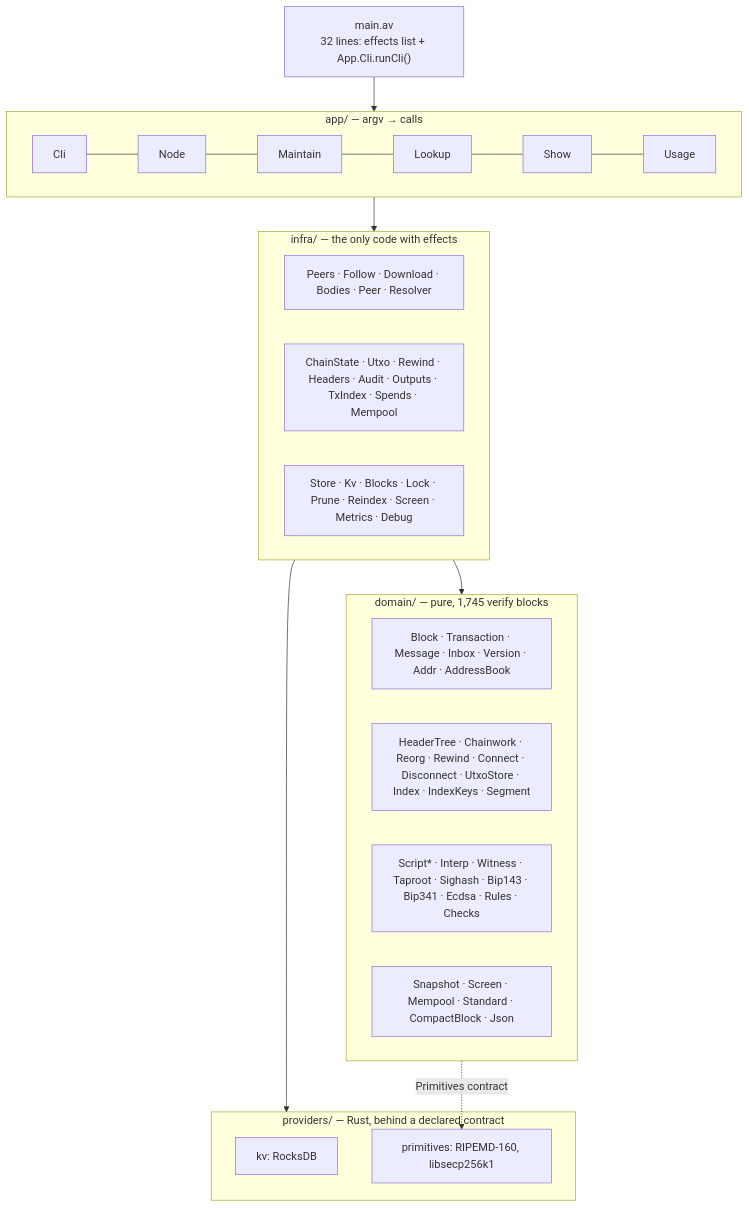
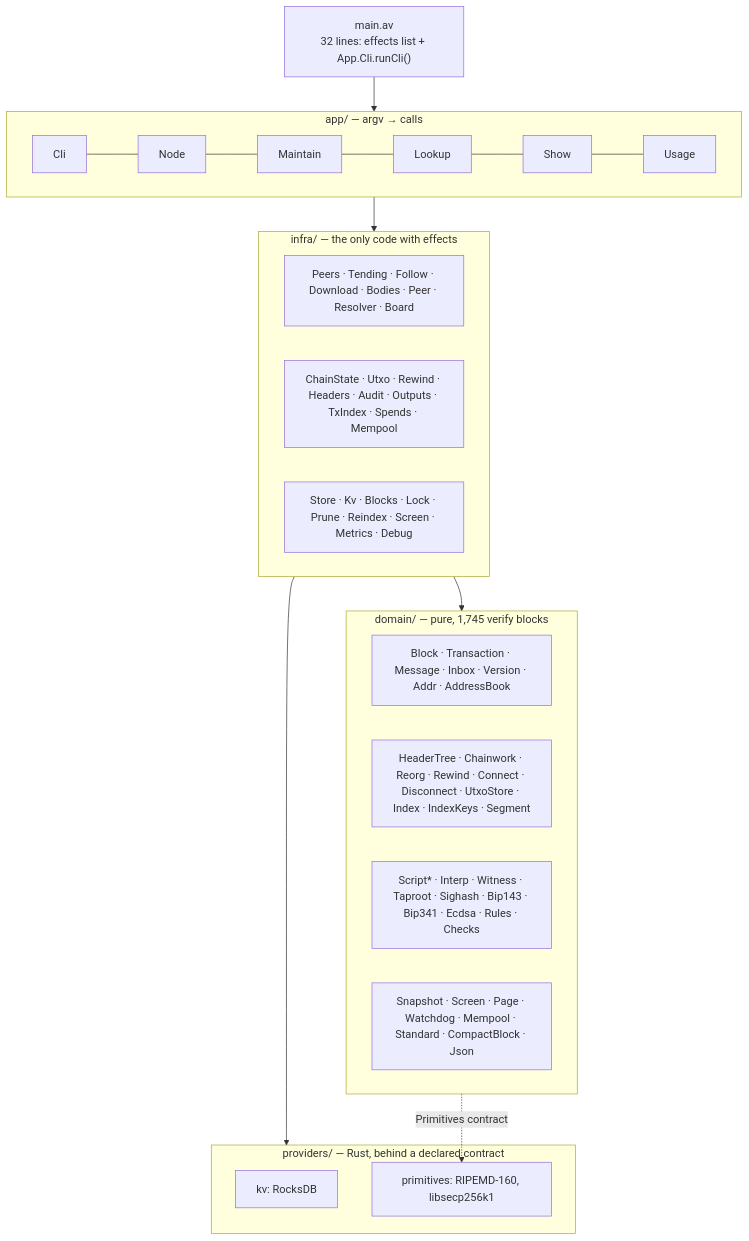
The first of 7 diagrams in docs/architecture.md (n1bor/btc-listener), drawn with Mermaid before and after one commit. The commit also changed other lines of this file and 8 other files, not shown here.

Commit message:
A walking node admits callers and tells the Network where it is, and the architecture document says how the walk keeps its company (#214)

````diff
--- a/docs/architecture.md
+++ b/docs/architecture.md
@@ -38,25 +39,25 @@
 ```mermaid
 flowchart TB
     main["main.av<br/>32 lines: effects list + App.Cli.runCli()"]
     subgraph app ["app/ — argv → calls"]
         cli["Cli"] --- node["Node"] --- maintain["Maintain"] --- lookup["Lookup"] --- show["Show"] --- usage["Usage"]
     end
     subgraph infra ["infra/ — the only code with effects"]
-        peers["Peers · Follow · Download · Bodies · Peer · Resolver"]
+        peers["Peers · Tending · Follow · Download · Bodies · Peer · Resolver · Board"]
         state["ChainState · Utxo · Rewind · Headers · Audit · Outputs · TxIndex · Spends · Mempool"]
         store["Store · Kv · Blocks · Lock · Prune · Reindex · Screen · Metrics · Debug"]
     end
     subgraph domain ["domain/ — pure, 1,745 verify blocks"]
         d1["Block · Transaction · Message · Inbox · Version · Addr · AddressBook"]
         d2["HeaderTree · Chainwork · Reorg · Rewind · Connect · Disconnect · UtxoStore · Index · IndexKeys · Segment"]
         d3["Script* · Interp · Witness · Taproot · Sighash · Bip143 · Bip341 · Ecdsa · Rules · Checks"]
-        d4["Snapshot · Screen · Mempool · Standard · CompactBlock · Json"]
+        d4["Snapshot · Screen · Page · Watchdog · Mempool · Standard · CompactBlock · Json"]
     end
     subgraph providers ["providers/ — Rust, behind a declared contract"]
         kv["kv: RocksDB"]
         prim["primitives: RIPEMD-160, libsecp256k1"]
     end
     main --> app --> infra --> domain
     infra --> providers
     domain -. "Primitives contract" .-> prim
 ```
````
